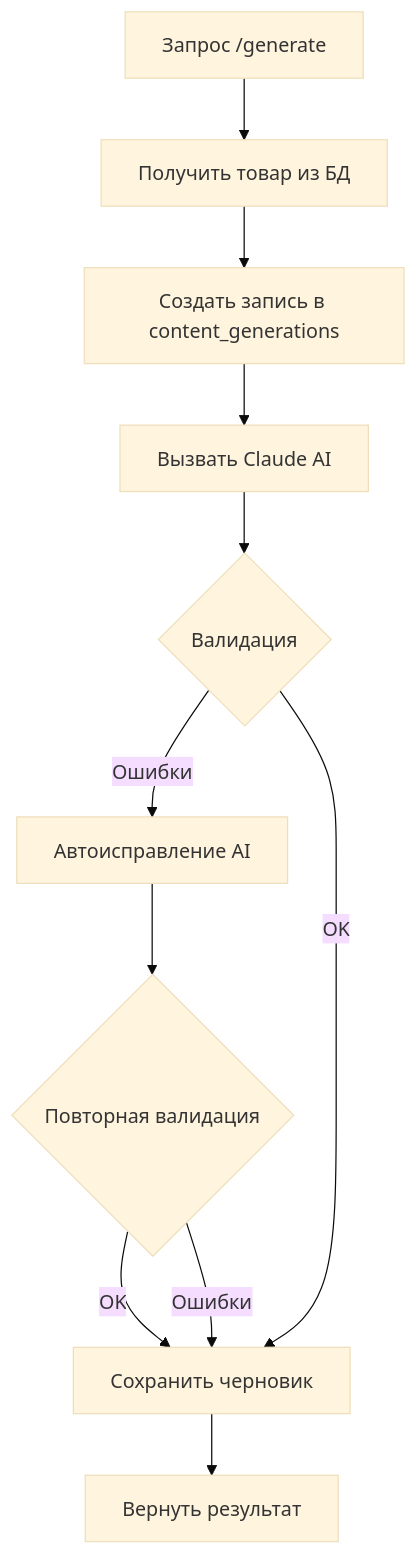
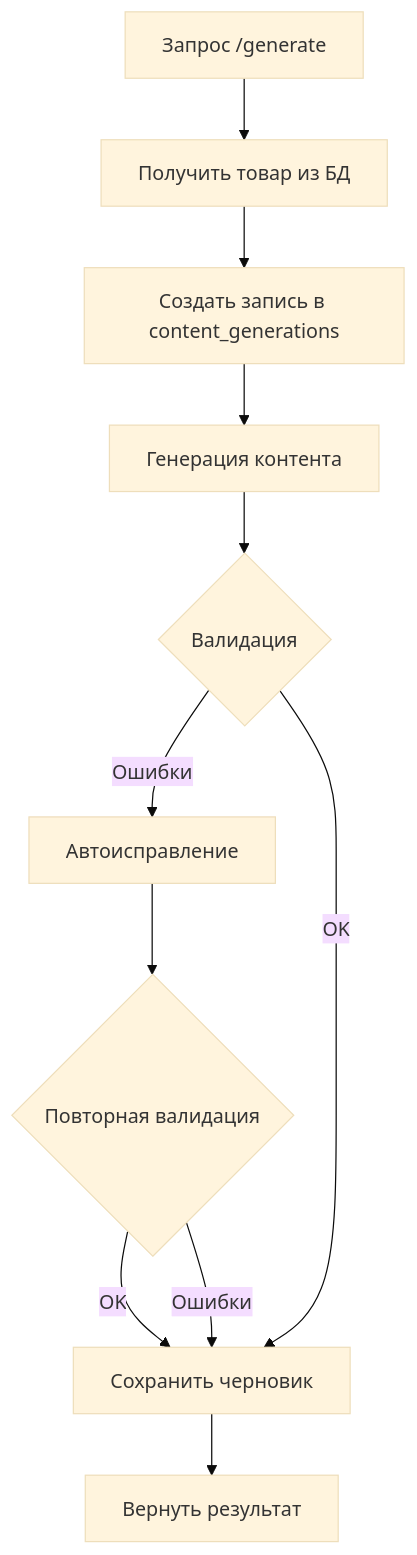
One commit to Sign25/Docs changed the second of 4 diagrams in content_factory/adolf_content_factory_9_api_reference.md. Above: the diagram before and after it, drawn with Mermaid (base theme). The commit also changed other lines of this file, not shown here.

````diff
--- a/content_factory/adolf_content_factory_9_api_reference.md
+++ b/content_factory/adolf_content_factory_9_api_reference.md
@@ -306,13 +319,13 @@
 ```mermaid
 flowchart TD
     A[Запрос /generate] --> B[Получить товар из БД]
     B --> C[Создать запись в content_generations]
-    C --> D[Вызвать Claude AI]
+    C --> D[Генерация контента]
     D --> E{Валидация}
-    E -->|Ошибки| F[Автоисправление AI]
+    E -->|Ошибки| F[Автоисправление]
     F --> G{Повторная валидация}
     G -->|OK| H[Сохранить черновик]
     G -->|Ошибки| H
     E -->|OK| H
     H --> I[Вернуть результат]
 ```
````
